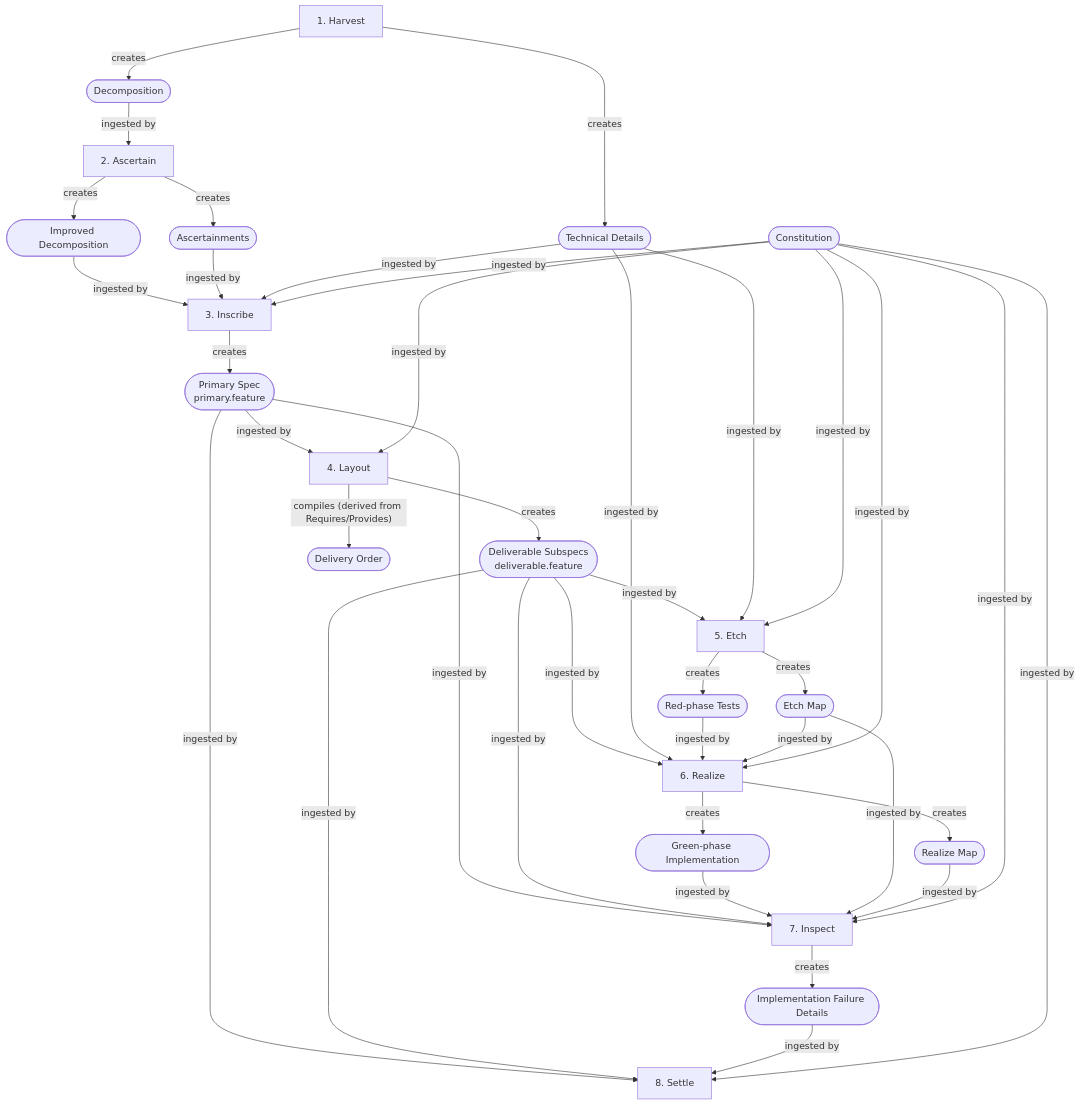
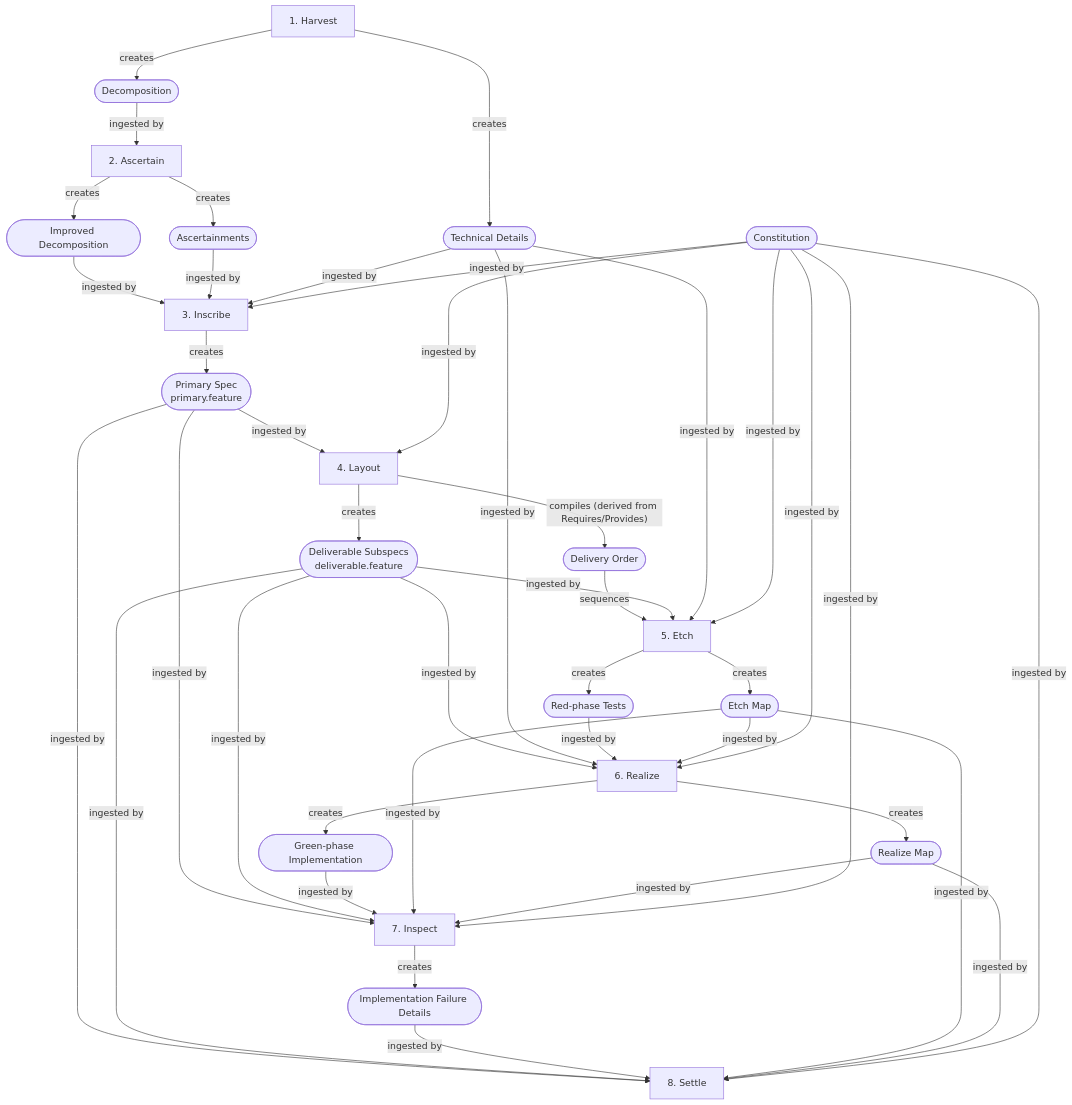
Before and after one commit to v0idbit/haileris: the second of 5 diagrams in docs/diagrams/diagrams.md, drawn with Mermaid. The commit also changed other lines of this file and 10 other files, not shown here.

````diff
--- a/docs/diagrams/diagrams.md
+++ b/docs/diagrams/diagrams.md
@@ -65,57 +65,60 @@
 ```mermaid
 flowchart TD
     DEC([Decomposition])
     ID([Improved Decomposition])
     ASC([Ascertainments])
     PS([Primary Spec<br>primary.feature])
     CS([Deliverable Subspecs<br>deliverable.feature])
     RT([Red-phase Tests])
     ETM([Etch Map])
     GI([Green-phase Implementation])
     RM([Realize Map])
     IF([Implementation Failure Details])
     CON([Constitution])
 
     H[1. Harvest] -->|creates| DEC
     H -->|creates| TD([Technical Details])
     DEC -->|ingested by| A[2. Ascertain]
     A -->|creates| ID
     A -->|creates| ASC
     ID -->|ingested by| I[3. Inscribe]
     ASC -->|ingested by| I
     TD -->|ingested by| I
     CON -->|ingested by| I
 
     I -->|creates| PS
     PS -->|ingested by| L[4. Layout]
     CON -->|ingested by| L
 
     L -->|creates| CS
     L -->|"compiles (derived from Requires/Provides)"| DO([Delivery Order])
-    CS -->|ingested by| E[5. Etch]
+    DO -->|"sequences"| E[5. Etch]
+    CS -->|ingested by| E
     TD -->|ingested by| E
     CON -->|ingested by| E
 
     E -->|creates| RT
     E -->|creates| ETM
     CS -->|ingested by| R[6. Realize]
     TD -->|ingested by| R
     RT -->|ingested by| R
     ETM -->|ingested by| R
     CON -->|ingested by| R
 
     R -->|creates| GI
     R -->|creates| RM
     PS -->|ingested by| IN[7. Inspect]
     CS -->|ingested by| IN
     GI -->|ingested by| IN
     ETM -->|ingested by| IN
     RM -->|ingested by| IN
     CON -->|ingested by| IN
 
     IN -->|creates| IF
     PS -->|ingested by| S[8. Settle]
     CS -->|ingested by| S
     IF -->|ingested by| S
+    ETM -->|ingested by| S
+    RM -->|ingested by| S
     CON -->|ingested by| S
 ```
````
